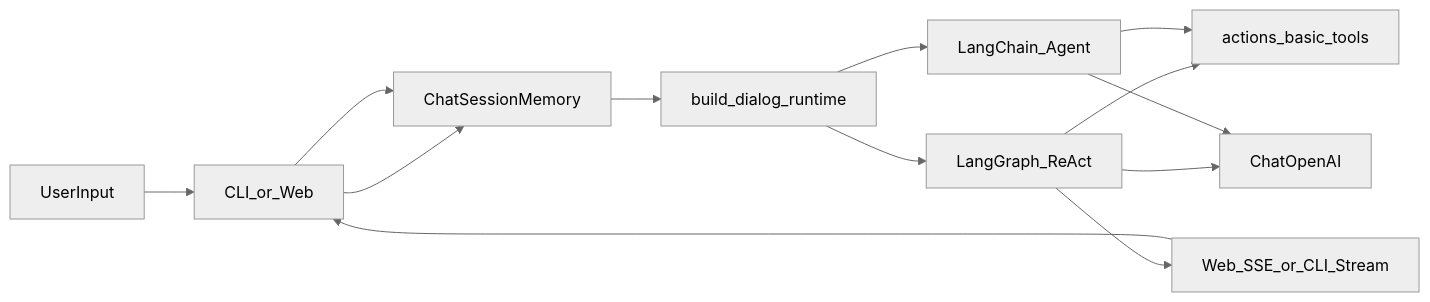
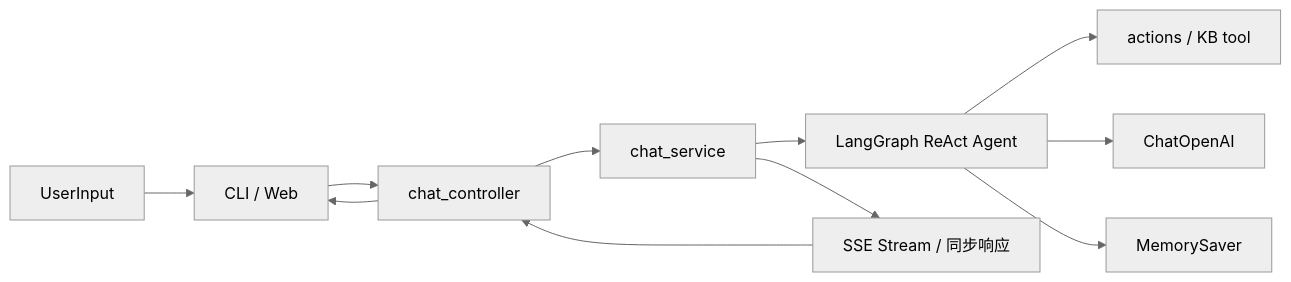
The diagram in README.md (Wangx-spec/imchat), drawn with Mermaid (neutral theme) before and after one commit. The commit also changed other lines of this file and 4 other files, not shown here.

````diff
--- a/README.md
+++ b/README.md
@@ -23,15 +24,13 @@
 ```mermaid
 flowchart LR
-userInput[UserInput] --> entry[CLI_or_Web]
-entry --> memory[ChatSessionMemory]
-memory --> runtime[build_dialog_runtime]
-runtime --> lg[LangGraph_ReAct]
-runtime --> lc[LangChain_Agent]
-lg --> tools[actions_basic_tools]
-lc --> tools
-lg --> model[ChatOpenAI]
-lc --> model
-lg --> sse[Web_SSE_or_CLI_Stream]
-sse --> entry
-entry --> memory
+    userInput[UserInput] --> entry[CLI / Web]
+    entry --> controller[chat_controller]
+    controller --> service[chat_service]
+    service --> agent[LangGraph ReAct Agent]
+    agent --> tools[actions / KB tool]
+    agent --> model[ChatOpenAI]
+    agent --> checkpointer[MemorySaver]
+    service --> sse[SSE Stream / 同步响应]
+    sse --> controller
+    controller --> entry
 ```
````
